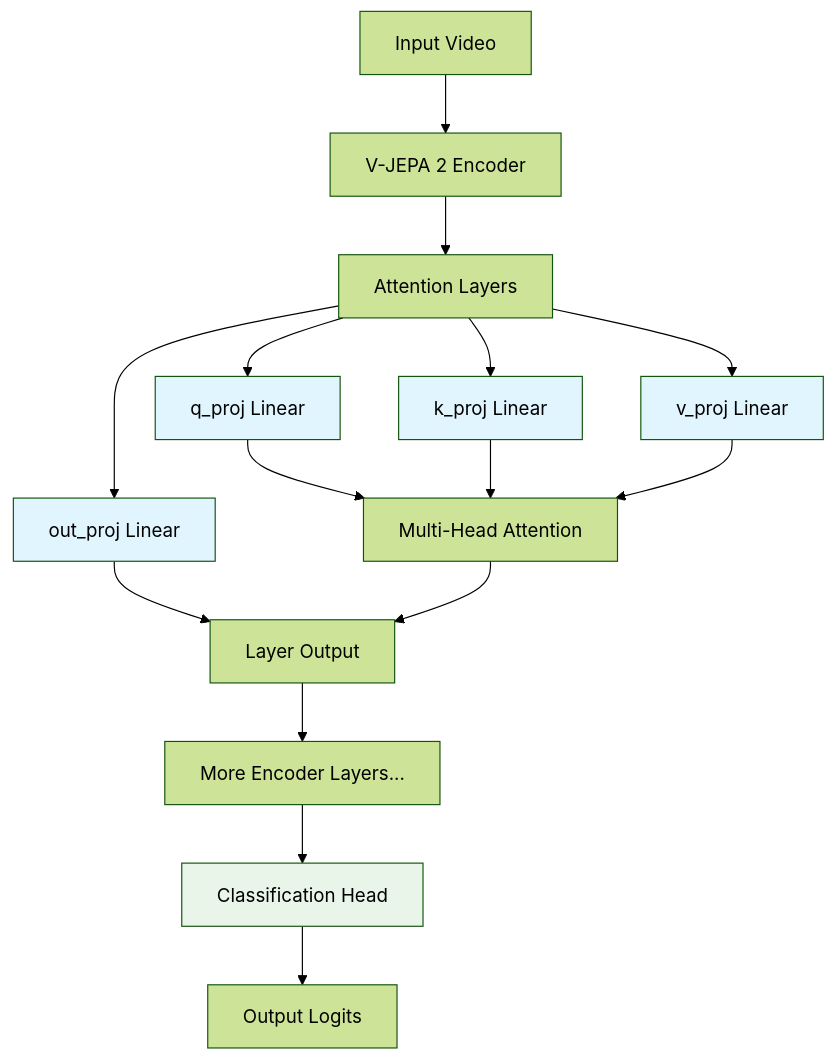
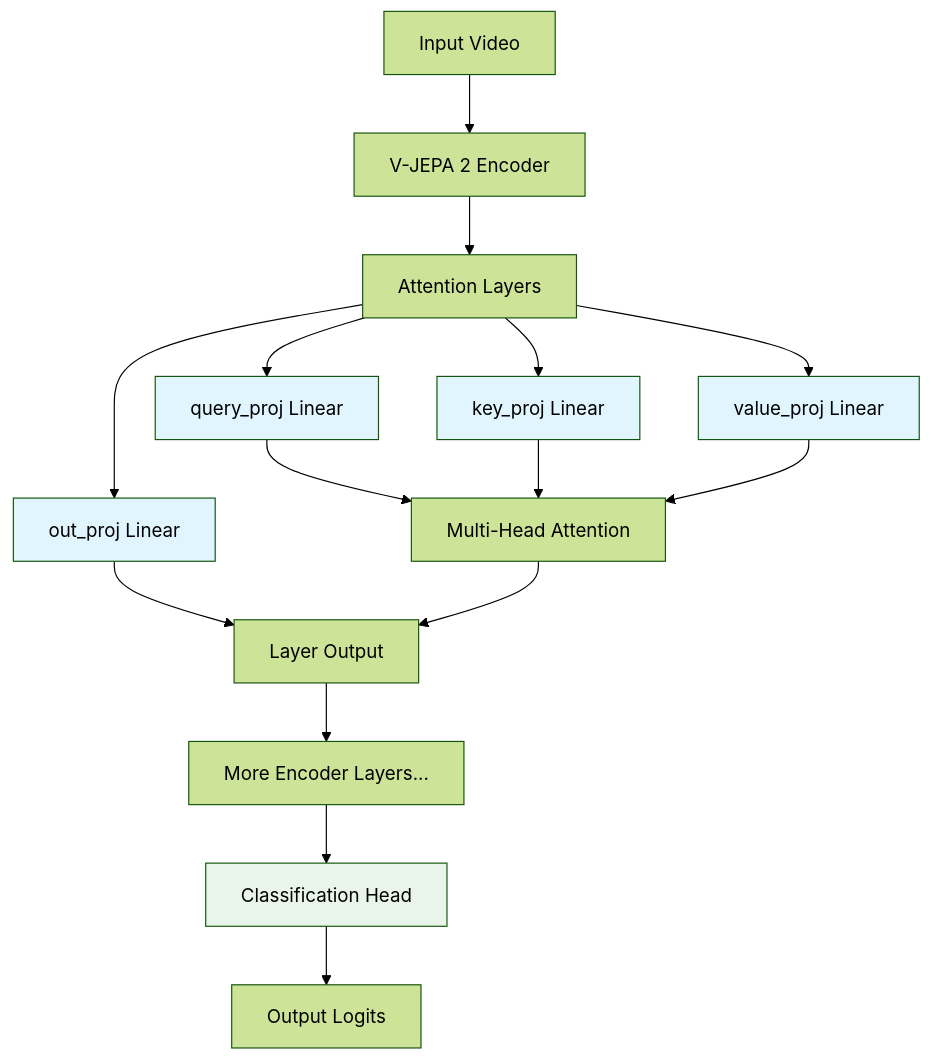
Before and after one commit to ZacCarrico/vjepa2: the first of 4 diagrams in lora_architecture_diagrams.md, drawn with Mermaid (forest theme). The commit also changed other lines of this file, not shown here.

````diff
--- a/lora_architecture_diagrams.md
+++ b/lora_architecture_diagrams.md
@@ -4,23 +4,23 @@
 ```mermaid
 graph TD
     A[Input Video] --> B[V-JEPA 2 Encoder]
     B --> C[Attention Layers]
-    C --> D[q_proj Linear]
-    C --> E[k_proj Linear]
-    C --> F[v_proj Linear]
+    C --> D[query_proj Linear]
+    C --> E[key_proj Linear]
+    C --> F[value_proj Linear]
     C --> G[out_proj Linear]
     D --> H[Multi-Head Attention]
     E --> H
     F --> H
     G --> I[Layer Output]
     H --> I
     I --> J[More Encoder Layers...]
     J --> K[Classification Head]
     K --> L[Output Logits]
 
     style D fill:#e1f5fe
     style E fill:#e1f5fe
     style F fill:#e1f5fe
     style G fill:#e1f5fe
     style K fill:#e8f5e8
 ```
````
